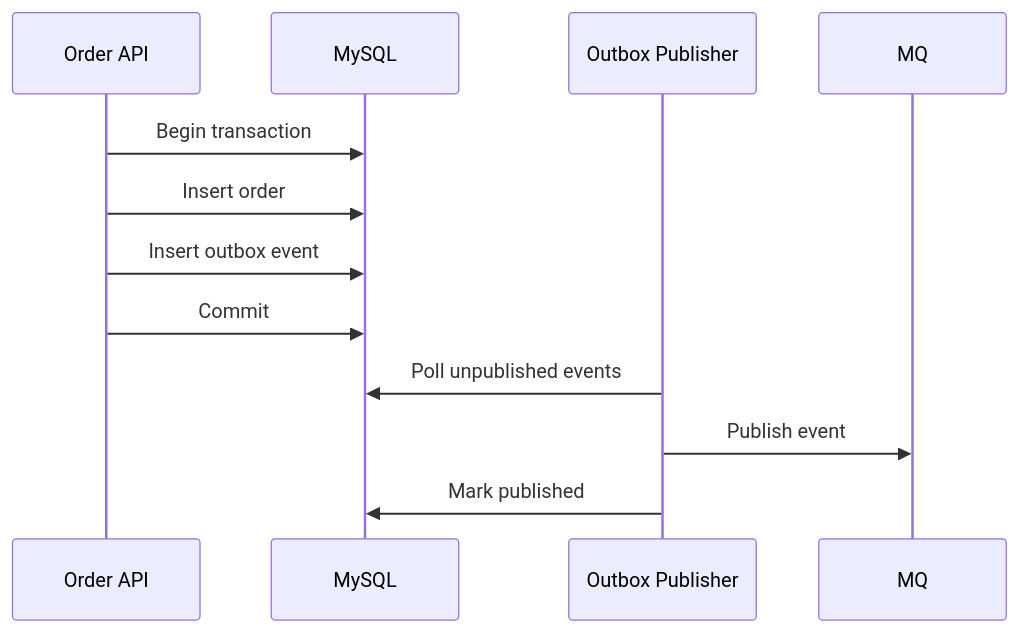
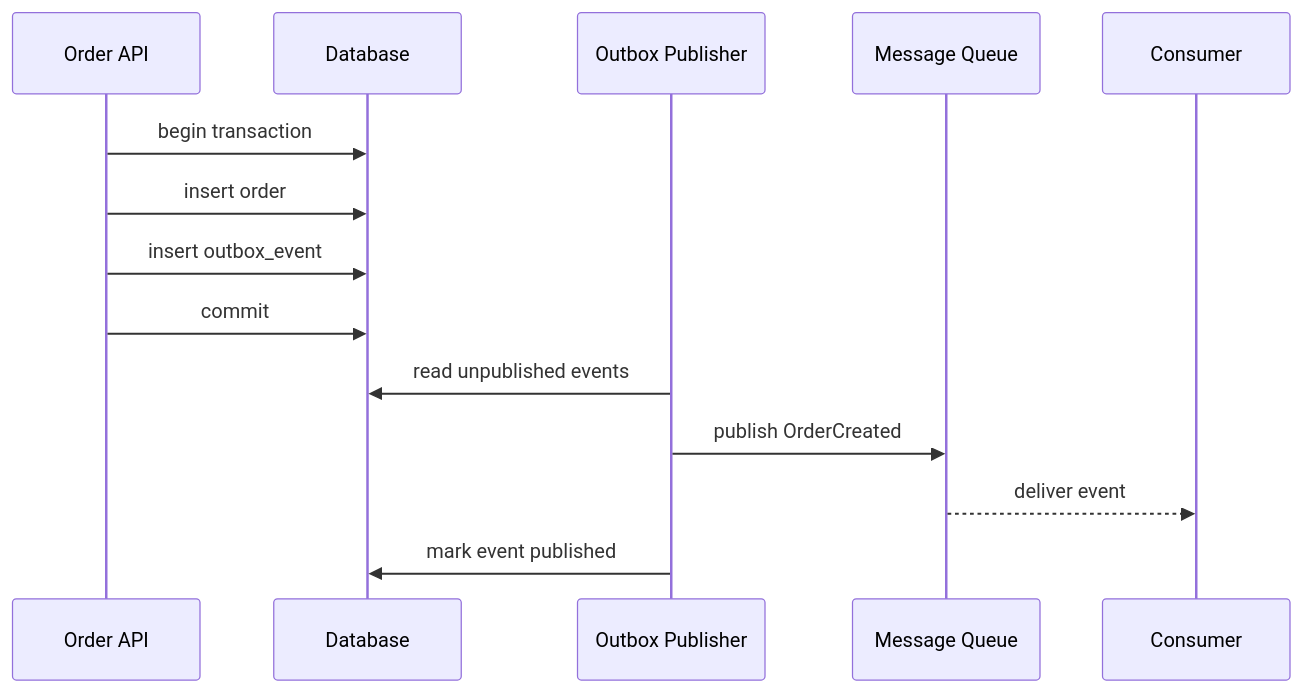
Before and after one commit to AmazingCaddy/readings-backend: the first of 3 diagrams in docs/messaging/outbox-pattern.md, drawn with Mermaid. The commit also changed other lines of this file, not shown here.

Commit message:
docs: expand outbox pattern guide

````diff
--- a/docs/messaging/outbox-pattern.md
+++ b/docs/messaging/outbox-pattern.md
@@ -9,15 +12,17 @@
 ```mermaid
 sequenceDiagram
     participant API as Order API
-    participant DB as MySQL
+    participant DB as Database
     participant P as Outbox Publisher
-    participant MQ as MQ
+    participant MQ as Message Queue
+    participant C as Consumer
 
-    API->>DB: Begin transaction
-    API->>DB: Insert order
-    API->>DB: Insert outbox event
-    API->>DB: Commit
-    P->>DB: Poll unpublished events
-    P->>MQ: Publish event
-    P->>DB: Mark published
+    API->>DB: begin transaction
+    API->>DB: insert order
+    API->>DB: insert outbox_event
+    API->>DB: commit
+    P->>DB: read unpublished events
+    P->>MQ: publish OrderCreated
+    MQ-->>C: deliver event
+    P->>DB: mark event published
 ```
````
